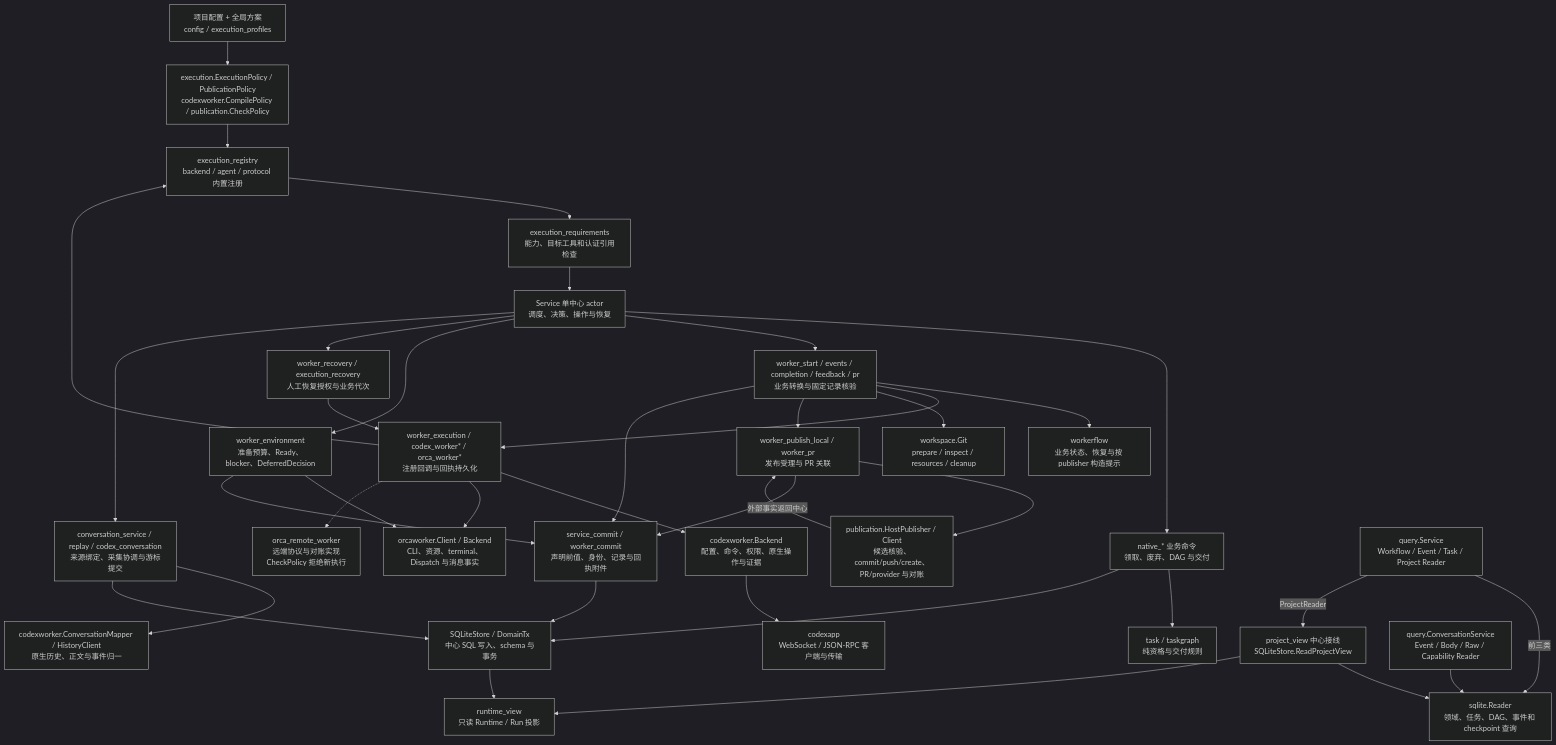
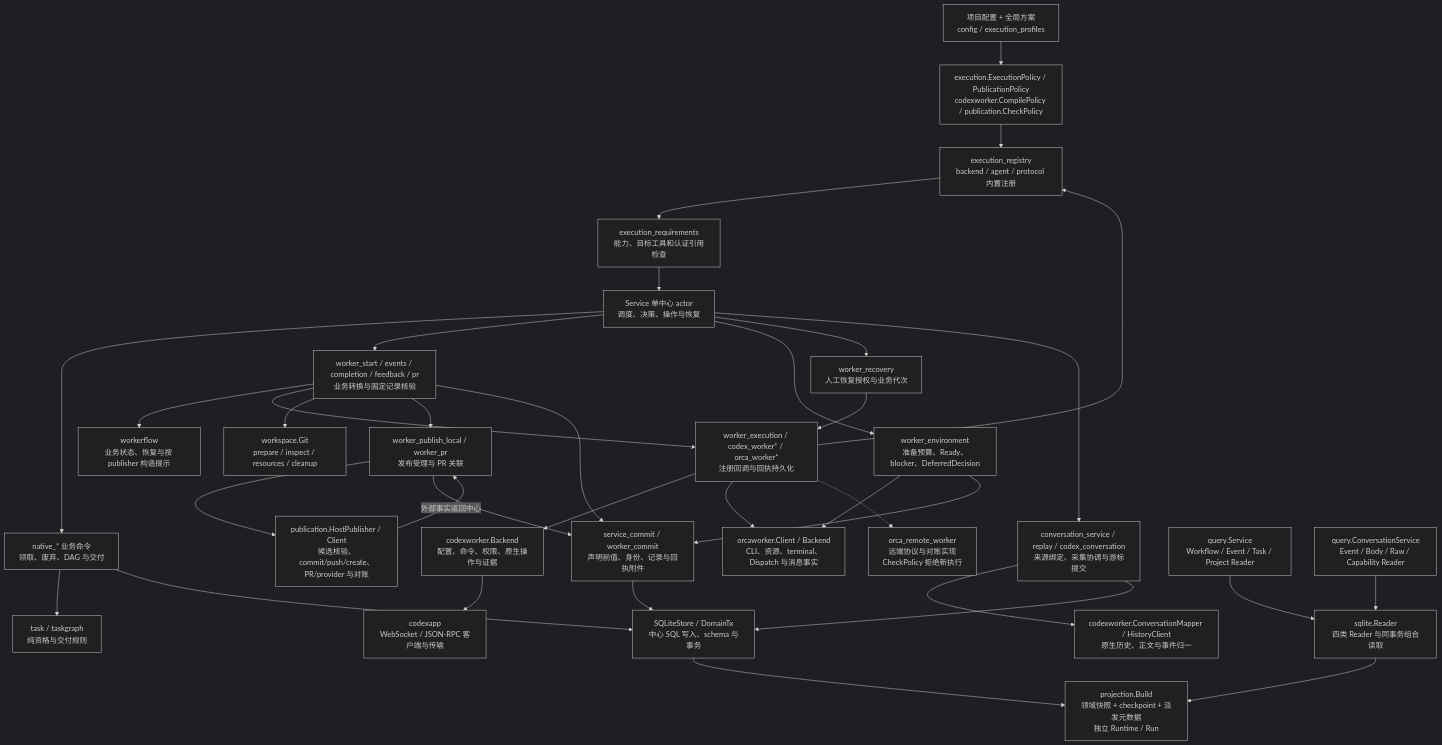
Before and after one commit to erranliu/SteerLine: the third of 10 diagrams in docs/architecture/current-code-architecture.md, drawn with Mermaid (dark theme). The commit also changed other lines of this file and 17 other files, not shown here.

Commit message:
refactor: share pure runtime projections across service and SQLite

````diff
--- a/docs/architecture/current-code-architecture.md
+++ b/docs/architecture/current-code-architecture.md
@@ -172,39 +179,37 @@
 ```mermaid
 flowchart TB
     Config["项目配置 + 全局方案<br/>config / execution_profiles"] --> Policy["execution.ExecutionPolicy / PublicationPolicy<br/>codexworker.CompilePolicy / publication.CheckPolicy"]
     Policy --> Registry["execution_registry<br/>backend / agent / protocol 内置注册"]
     Registry --> Requirements["execution_requirements<br/>能力、目标工具和认证引用检查"]
     Requirements --> Service["Service 单中心 actor<br/>调度、决策、操作与恢复"]
     Service --> Native["native_* 业务命令<br/>领取、废弃、DAG 与交付"]
     Native --> Rules["task / taskgraph<br/>纯资格与交付规则"]
     Service --> Flow["worker_start / events / completion / feedback / pr<br/>业务转换与固定记录核验"]
     Flow --> FlowRules["workerflow<br/>业务状态、恢复与按 publisher 构造提示"]
     Flow --> Wiring["worker_execution / codex_worker* / orca_worker*<br/>注册回调与回执持久化"]
     Wiring --> Registry
     Wiring --> Codex["codexworker.Backend<br/>配置、命令、权限、原生操作与证据"]
     Codex --> CodexApp["codexapp<br/>WebSocket / JSON-RPC 客户端与传输"]
     Wiring --> Orca["orcaworker.Client / Backend<br/>CLI、资源、terminal、Dispatch 与消息事实"]
     Wiring -.-> Remote["orca_remote_worker<br/>远端协议与对账实现<br/>CheckPolicy 拒绝新执行"]
     Service --> Environment["worker_environment<br/>准备预算、Ready、blocker、DeferredDecision"]
     Environment --> Orca
     Flow --> Workspace["workspace.Git<br/>prepare / inspect / resources / cleanup"]
     Flow --> Publish["worker_publish_local / worker_pr<br/>发布受理与 PR 关联"]
     Publish --> Publication["publication.HostPublisher / Client<br/>候选核验、commit/push/create、PR/provider 与对账"]
     Publication -->|外部事实返回中心| Publish
-    Service --> Recovery["worker_recovery / execution_recovery<br/>人工恢复授权与业务代次"]
+    Service --> Recovery["worker_recovery<br/>人工恢复授权与业务代次"]
     Recovery --> Wiring
     Service --> Conversations["conversation_service / replay / codex_conversation<br/>来源绑定、采集协调与游标提交"]
     Conversations --> Mapper["codexworker.ConversationMapper / HistoryClient<br/>原生历史、正文与事件归一"]
     Flow --> Commit["service_commit / worker_commit<br/>声明前值、身份、记录与回执附件"]
     Environment --> Commit
     Native --> Store["SQLiteStore / DomainTx<br/>中心 SQL 写入、schema 与事务"]
     Commit --> Store
     Publish --> Commit
     Conversations --> Store
-    Query["query.Service<br/>Workflow / Event / Task / Project Reader"] -->|前三类| ReadSQL["sqlite.Reader<br/>领域、任务、DAG、事件和 checkpoint 查询"]
-    Query -->|ProjectReader| Project["project_view 中心接线<br/>SQLiteStore.ReadProjectView"]
-    Project --> ReadSQL
-    Project --> Projection["runtime_view<br/>只读 Runtime / Run 投影"]
+    Query["query.Service<br/>Workflow / Event / Task / Project Reader"] --> ReadSQL["sqlite.Reader<br/>四类 Reader 与同事务组合读取"]
+    ReadSQL --> Projection["projection.Build<br/>领域快照 + checkpoint + 派发元数据<br/>独立 Runtime / Run"]
     Store --> Projection
     CQ["query.ConversationService<br/>Event / Body / Raw / Capability Reader"] --> ReadSQL
 ```
````
